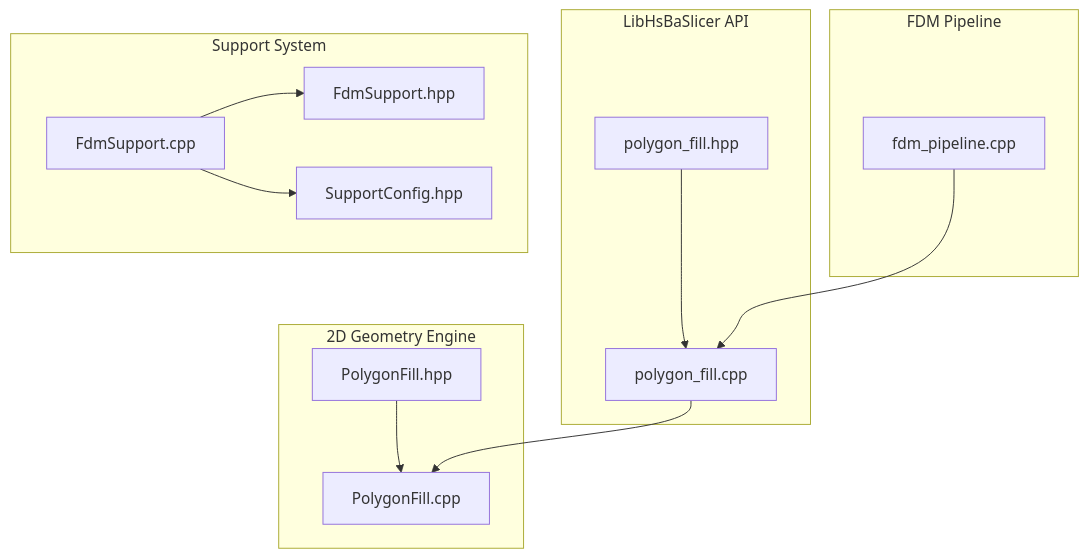
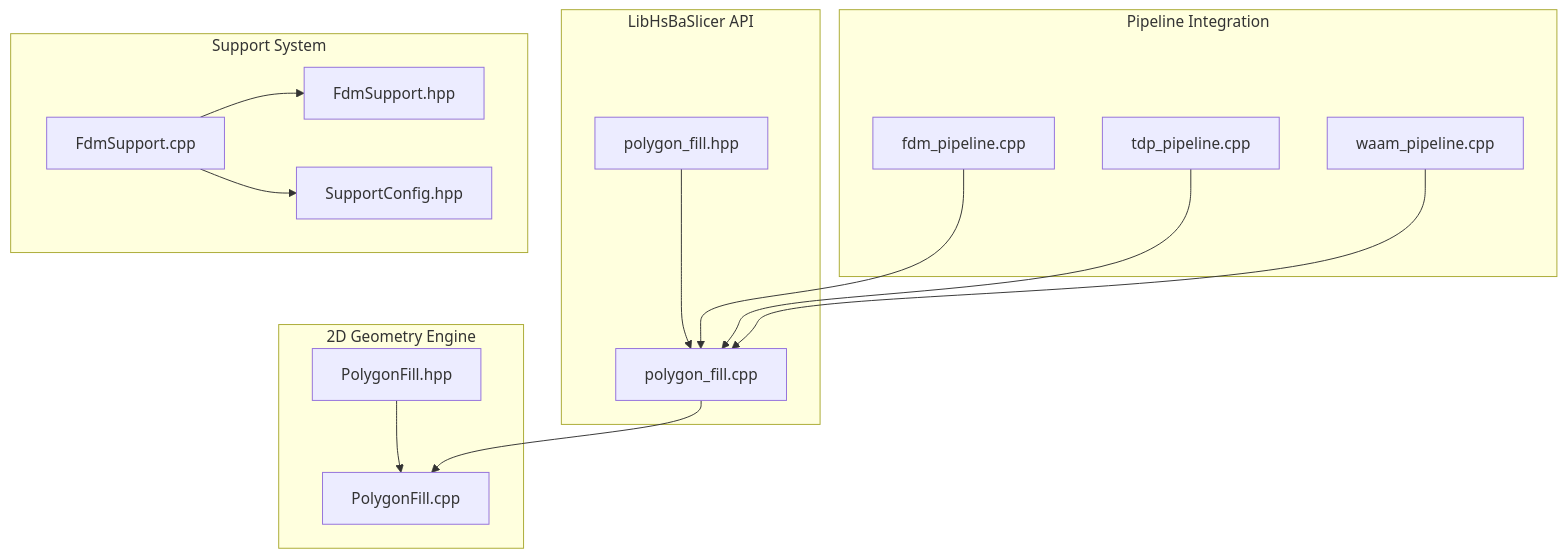
Before and after one commit to hsmbanlance/HsBaSlicer: the first of 14 diagrams in .qoder/repowiki/en/content/Core Modules/2D Geometry Engine (2D_)/Polygon Fill Algorithms.md, drawn with Mermaid. The commit also changed other lines of this file and 365 other files, not shown here.

````diff
--- a/.qoder/repowiki/en/content/Core Modules/2D Geometry Engine (2D_)/Polygon Fill Algorithms.md
+++ b/.qoder/repowiki/en/content/Core Modules/2D Geometry Engine (2D_)/Polygon Fill Algorithms.md
@@ -40,25 +52,29 @@
 ```mermaid
 graph TB
 subgraph "2D Geometry Engine"
 PFH["PolygonFill.hpp"]
 PFC["PolygonFill.cpp"]
 end
 subgraph "LibHsBaSlicer API"
 LPH["polygon_fill.hpp"]
 LPC["polygon_fill.cpp"]
 end
-subgraph "FDM Pipeline"
+subgraph "Pipeline Integration"
 FDP["fdm_pipeline.cpp"]
+TDP["tdp_pipeline.cpp"]
+WAP["waam_pipeline.cpp"]
 end
 subgraph "Support System"
 FSH["FdmSupport.hpp"]
 FSC["FdmSupport.cpp"]
 SC["SupportConfig.hpp"]
 end
 PFH --> PFC
 LPH --> LPC
 LPC --> PFC
 FDP --> LPC
+TDP --> LPC
+WAP --> LPC
 FSC --> FSH
 FSC --> SC
 ```
````
